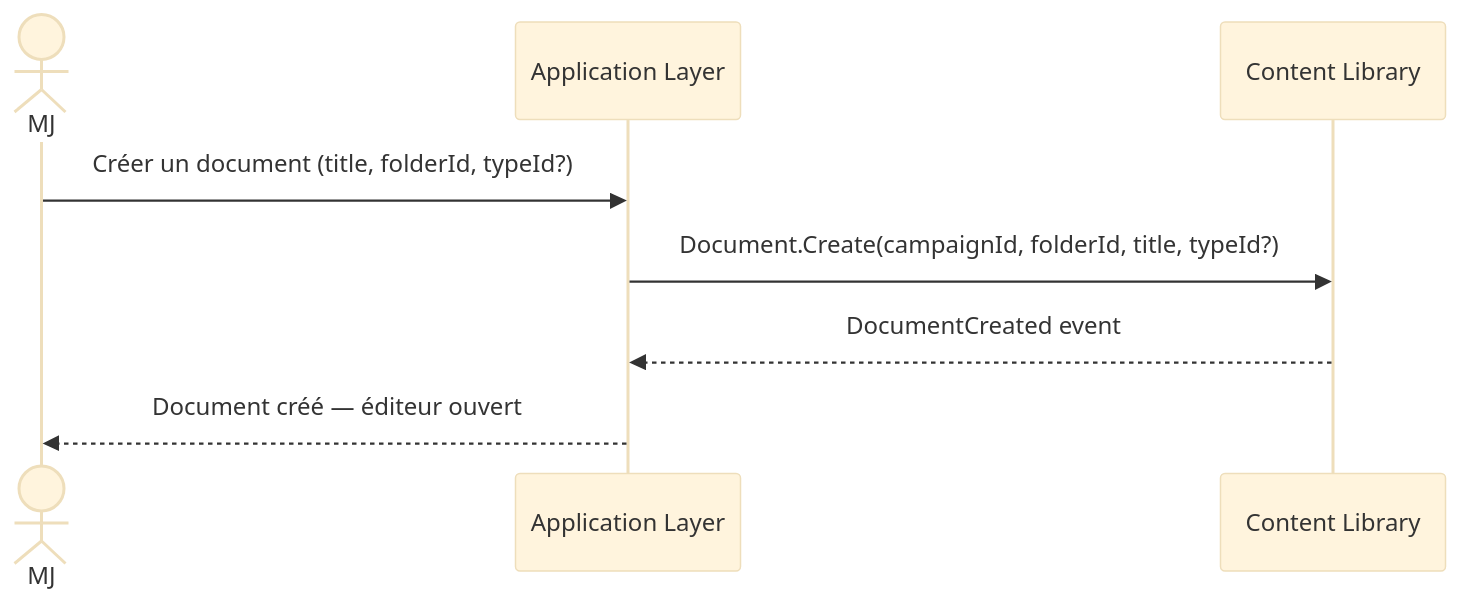
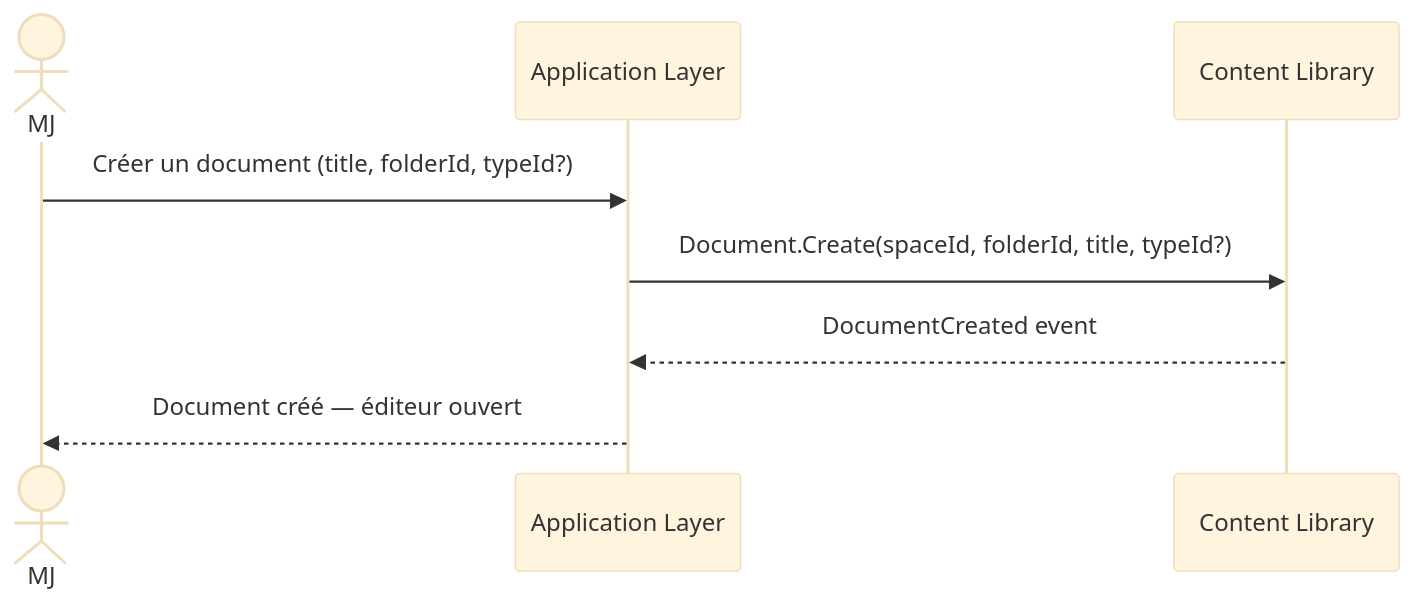
Before and after one commit to 2025-10-CDA-ECO-P6/PM-micro-saas: the second of 8 diagrams in docs/conception/domain/diagrams/flows/content-library.md, drawn with Mermaid (base theme). The commit also changed other lines of this file and 68 other files, not shown here.

First line of the commit message:
docs(corpus): renomme Campaign en Space et ajoute les spécifications techniques

````diff
--- a/docs/conception/domain/diagrams/flows/content-library.md
+++ b/docs/conception/domain/diagrams/flows/content-library.md
@@ -23,11 +23,11 @@
 ```mermaid
 sequenceDiagram
     actor MJ
     participant App as Application Layer
     participant CL as Content Library
 
     MJ->>App: Créer un document (title, folderId, typeId?)
-    App->>CL: Document.Create(campaignId, folderId, title, typeId?)
+    App->>CL: Document.Create(spaceId, folderId, title, typeId?)
     CL-->>App: DocumentCreated event
     App-->>MJ: Document créé — éditeur ouvert
 ```
````
